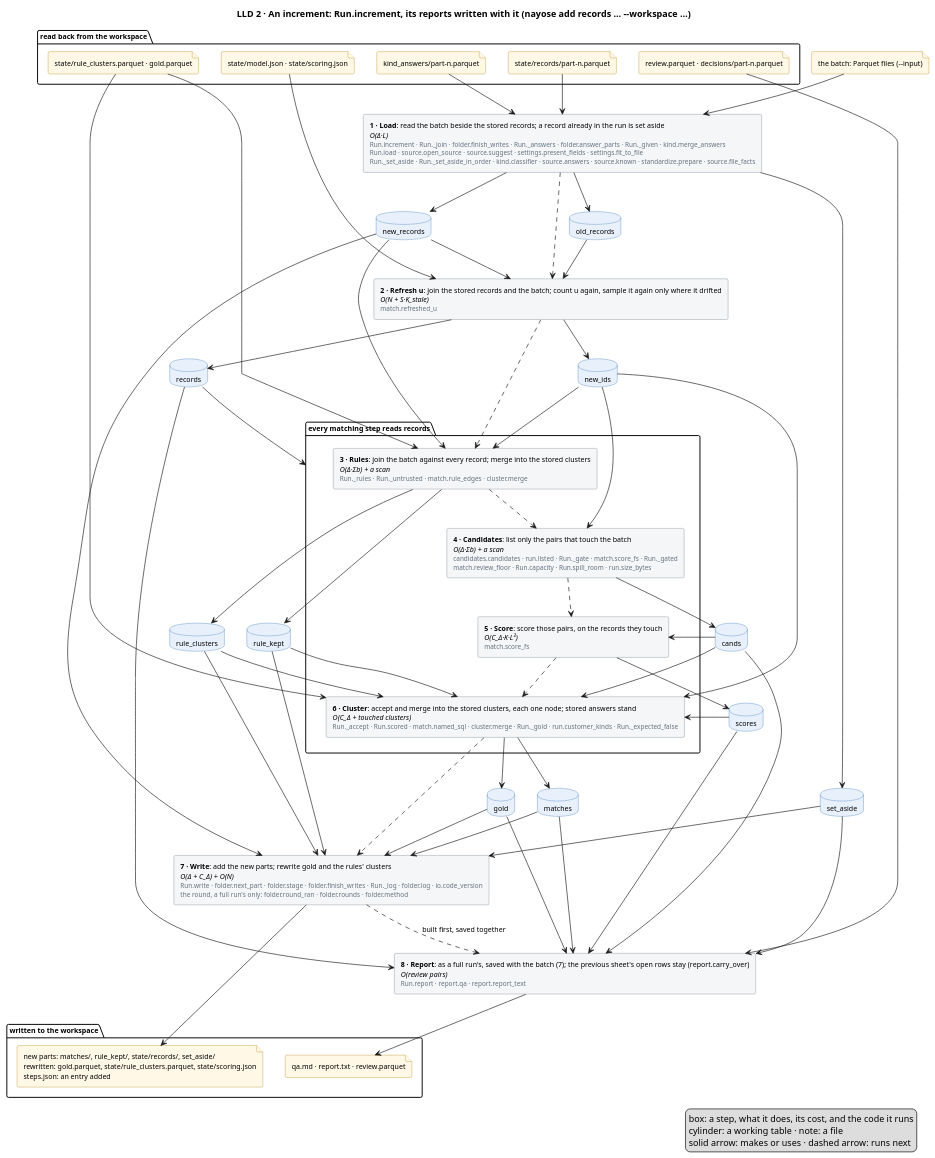
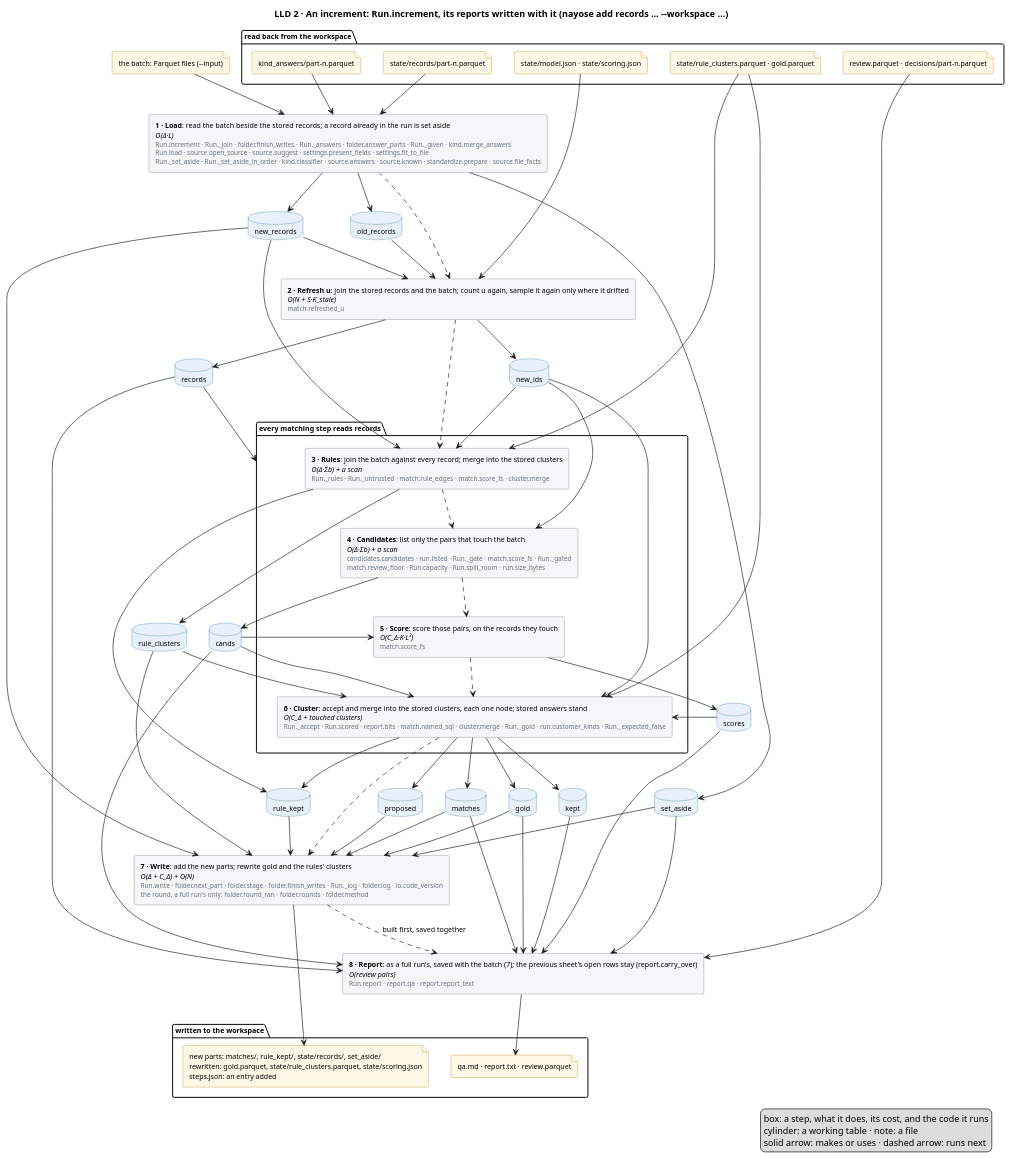
Before and after one commit to mvsbm/entity_matching: the diagram in docs/diagrams/increment.puml, drawn with PlantUML. The commit also changed 17 other files, not shown here.

```diff
--- a/docs/diagrams/increment.puml
+++ b/docs/diagrams/increment.puml
@@ -1,113 +1,119 @@
 @startuml increment
 title LLD 2 · An increment: Run.increment, its reports written with it (nayose add records … ~--workspace …)
 skinparam defaultFontSize 11
 skinparam rectangle {
   BackgroundColor #F4F6F8
   BorderColor #65717E
 }
 skinparam database {
   BackgroundColor #E8F1FB
   BorderColor #2C6DB3
 }
 skinparam file {
   BackgroundColor #FFF8E6
   BorderColor #B07D00
 }
 
 package "read back from the workspace" {
   file "state/model.json · state/scoring.json" as f_model
   file "state/records/part-n.parquet" as f_records
   file "state/rule_clusters.parquet · gold.parquet" as f_clusters
   file "kind_answers/part-n.parquet" as f_answers
   file "review.parquet · decisions/part-n.parquet" as f_sheet
 }
 file "the batch: Parquet files (~--input)" as f_batch
 
 
 rectangle "<b>1 · Load</b>: read the batch beside the stored records; a record already in the run is set aside\n<i>O(Δ·L)</i>\n<size:10><color:#65717E>Run.increment · Run._join · folder.finish_writes · Run._answers · folder.answer_parts · Run._given · kind.merge_answers</color></size>\n<size:10><color:#65717E>Run.load · source.open_source · source.suggest · settings.present_fields · settings.fit_to_file</color></size>\n<size:10><color:#65717E>Run._set_aside · Run._set_aside_in_order · kind.classifier · source.answers · source.known · standardize.prepare · source.file_facts</color></size>" as load
 rectangle "<b>2 · Refresh u</b>: join the stored records and the batch; count u again, sample it again only where it drifted\n<i>O(N + S·K_stale)</i>\n<size:10><color:#65717E>match.refreshed_u</color></size>" as fit
 package "every matching step reads records" as matching {
-  rectangle "<b>3 · Rules</b>: join the batch against every record; merge into the stored clusters\n<i>O(Δ·Σb) + a scan</i>\n<size:10><color:#65717E>Run._rules · Run._untrusted · match.rule_edges · cluster.merge</color></size>" as rules
+  rectangle "<b>3 · Rules</b>: join the batch against every record; merge into the stored clusters\n<i>O(Δ·Σb) + a scan</i>\n<size:10><color:#65717E>Run._rules · Run._untrusted · match.rule_edges · match.score_fs · cluster.merge</color></size>" as rules
   rectangle "<b>4 · Candidates</b>: list only the pairs that touch the batch\n<i>O(Δ·Σb) + a scan</i>\n<size:10><color:#65717E>candidates.candidates · run.listed · Run._gate · match.score_fs · Run._gated</color></size>\n<size:10><color:#65717E>match.review_floor · Run.capacity · Run.spill_room · run.size_bytes</color></size>" as candidates
   rectangle "<b>5 · Score</b>: score those pairs, on the records they touch\n<i>O(C_Δ·K·L²)</i>\n<size:10><color:#65717E>match.score_fs</color></size>" as score
-  rectangle "<b>6 · Cluster</b>: accept and merge into the stored clusters, each one node; stored answers stand\n<i>O(C_Δ + touched clusters)</i>\n<size:10><color:#65717E>Run._accept · Run.scored · match.named_sql · cluster.merge · Run._gold · run.customer_kinds · Run._expected_false</color></size>" as cluster
+  rectangle "<b>6 · Cluster</b>: accept and merge into the stored clusters, each one node; stored answers stand\n<i>O(C_Δ + touched clusters)</i>\n<size:10><color:#65717E>Run._accept · Run.scored · report.bits · match.named_sql · cluster.merge · Run._gold · run.customer_kinds · Run._expected_false</color></size>" as cluster
 }
 rectangle "<b>7 · Write</b>: add the new parts; rewrite gold and the rules' clusters\n<i>O(Δ + C_Δ) + O(N)</i>\n<size:10><color:#65717E>Run.write · folder.next_part · folder.stage · folder.finish_writes · Run._log · folder.log · io.code_version</color></size>\n<size:10><color:#65717E>the round, a full run's only: folder.round_ran · folder.rounds · folder.method</color></size>" as write
 rectangle "<b>8 · Report</b>: as a full run's, saved with the batch (7); the previous sheet's open rows stay (report.carry_over)\n<i>O(review pairs)</i>\n<size:10><color:#65717E>Run.report · report.qa · report.report_text</color></size>" as report
 database "old_records" as old_records
 database "new_records" as new_records
 database "set_aside" as set_aside
 database "records" as records
 database "new_ids" as new_ids
 database "rule_clusters" as rule_clusters
 database "rule_kept" as rule_kept
 database "cands" as cands
 database "scores" as scores
 database "matches" as matches
+database "proposed" as proposed
+database "kept" as kept
 database "gold" as gold
 
 package "written to the workspace" {
   file "new parts: matches/, rule_kept/, state/records/, set_aside/\nrewritten: gold.parquet, state/rule_clusters.parquet, state/scoring.json\nsteps.json: an entry added" as f_out
   file "qa.md · report.txt · review.parquet" as f_people
 }
 
 f_batch --> load
 f_records --> load
 f_answers --> load
 f_model --> fit
 f_clusters --> rules
 f_clusters --> cluster
 f_sheet --> report
 
 load ..> fit
 fit ..> rules
 rules ..> candidates
 candidates ..> score
 score ..> cluster
 cluster ..> write
 write ..> report : built first, saved together
 
 load --> old_records
 load --> new_records
 load --> set_aside
 old_records --> fit
 new_records --> fit
 fit --> records
 fit --> new_ids
 records --> matching
 new_records --> rules
 new_ids --> rules
 rules --> rule_clusters
 rules --> rule_kept
 new_ids --> candidates
 candidates --> cands
 cands --> score
 score --> scores
 new_ids --> cluster
 rule_clusters --> cluster
-rule_kept --> cluster
 cands --> cluster
 scores --> cluster
 cluster --> matches
+cluster --> proposed
+cluster --> kept
+cluster --> rule_kept
+kept --> report
+proposed --> write
 cluster --> gold
 new_records --> write
 rule_clusters --> write
 rule_kept --> write
 matches --> write
 gold --> write
 set_aside --> write
 records --> report
 cands --> report
 scores --> report
 matches --> report
 gold --> report
 set_aside --> report
 
 write --> f_out
 report --> f_people
 legend right
   box: a step, what it does, its cost, and the code it runs
   cylinder: a working table · note: a file
   solid arrow: makes or uses · dashed arrow: runs next
 endlegend
 @enduml
```
